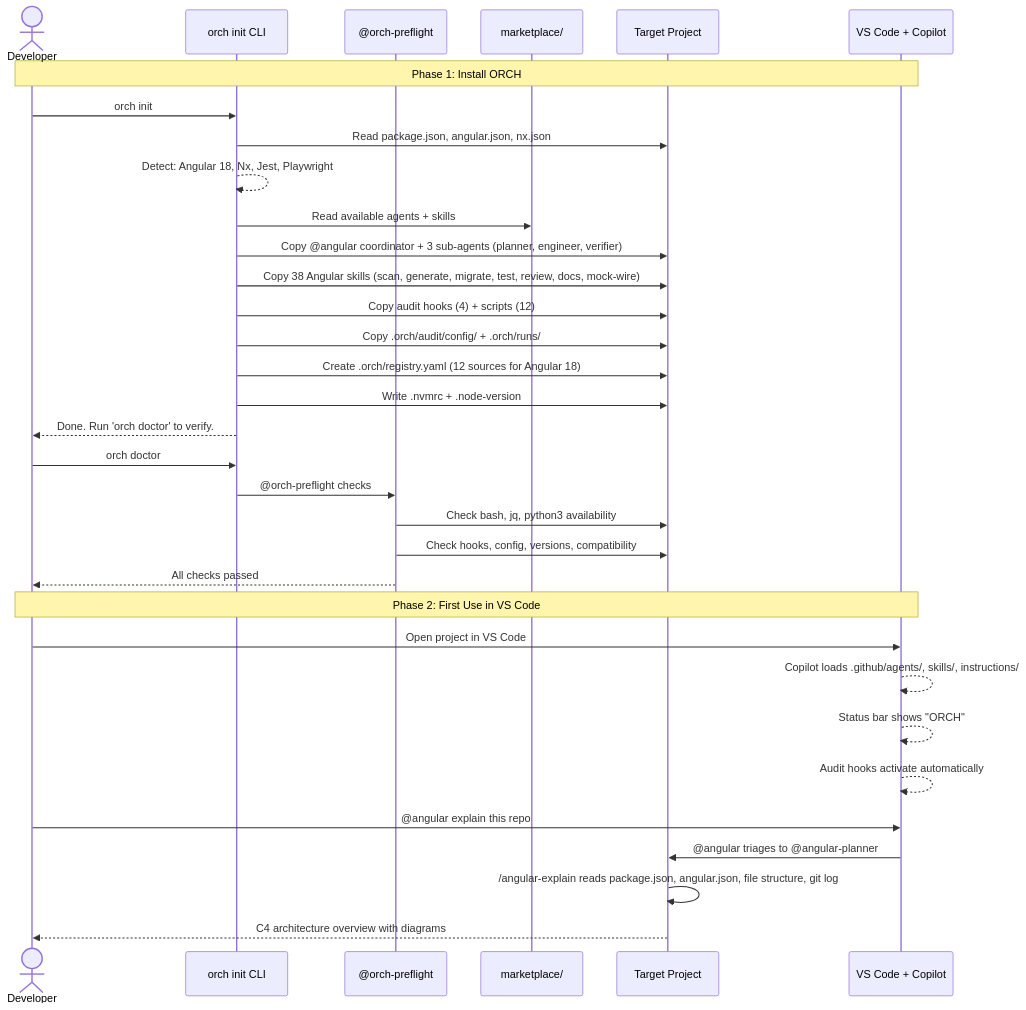
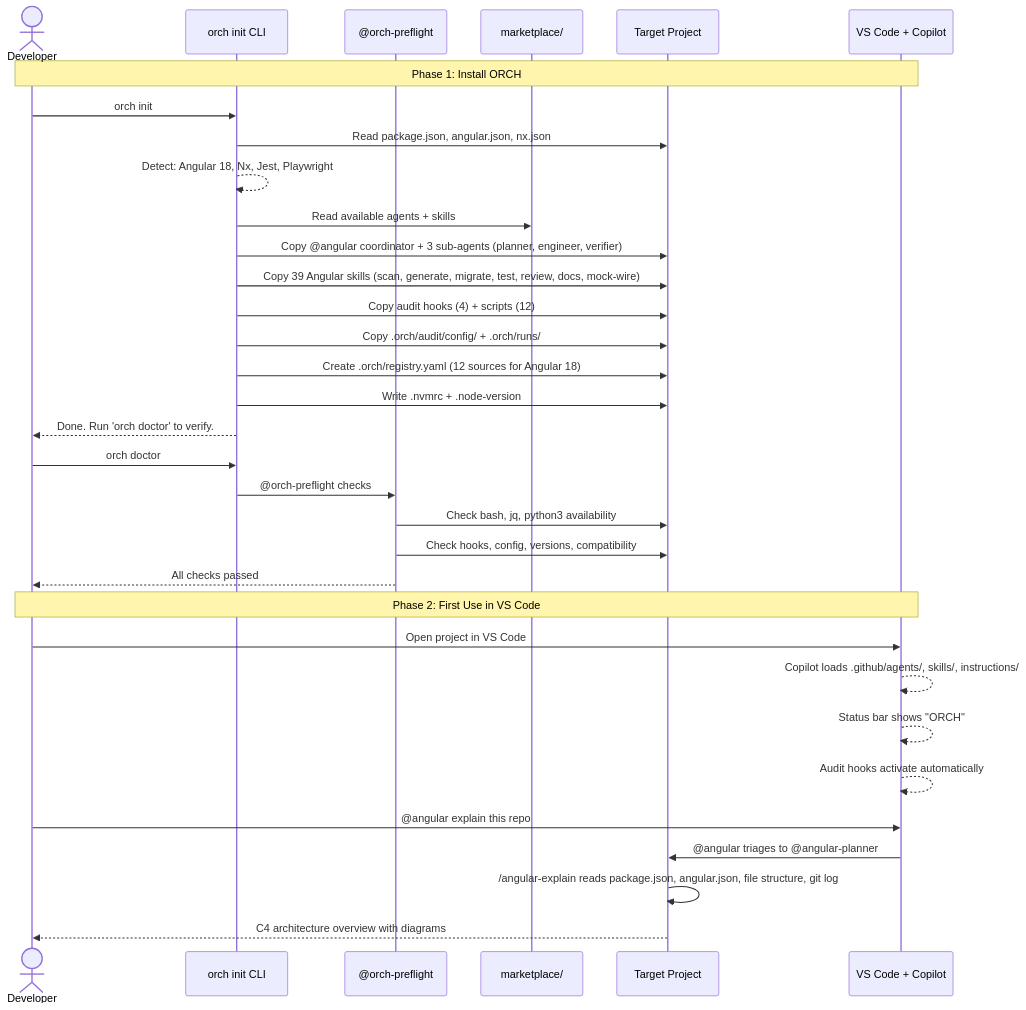
The first of 6 diagrams in docs/prd.md (oneinthebox/vscode-ghcp-agents), drawn with Mermaid before and after one commit. The commit also changed 10 other files, not shown here.

````diff
--- a/docs/prd.md
+++ b/docs/prd.md
@@ -490,41 +490,41 @@
 ```mermaid
 sequenceDiagram
     actor Dev as Developer
     participant CLI as orch init CLI
     participant PF as @orch-preflight
     participant MP as marketplace/
     participant Proj as Target Project
     participant VS as VS Code + Copilot
 
     Note over Dev,VS: Phase 1: Install ORCH
 
     Dev->>CLI: orch init
     CLI->>Proj: Read package.json, angular.json, nx.json
     CLI-->>CLI: Detect: Angular 18, Nx, Jest, Playwright
     CLI->>MP: Read available agents + skills
     CLI->>Proj: Copy @angular coordinator + 3 sub-agents (planner, engineer, verifier)
-    CLI->>Proj: Copy 38 Angular skills (scan, generate, migrate, test, review, docs, mock-wire)
+    CLI->>Proj: Copy 39 Angular skills (scan, generate, migrate, test, review, docs, mock-wire)
     CLI->>Proj: Copy audit hooks (4) + scripts (12)
     CLI->>Proj: Copy .orch/audit/config/ + .orch/runs/
     CLI->>Proj: Create .orch/registry.yaml (12 sources for Angular 18)
     CLI->>Proj: Write .nvmrc + .node-version
     CLI-->>Dev: Done. Run 'orch doctor' to verify.
 
     Dev->>CLI: orch doctor
     CLI->>PF: @orch-preflight checks
     PF->>Proj: Check bash, jq, python3 availability
     PF->>Proj: Check hooks, config, versions, compatibility
     PF-->>Dev: All checks passed
 
     Note over Dev,VS: Phase 2: First Use in VS Code
 
     Dev->>VS: Open project in VS Code
     VS-->>VS: Copilot loads .github/agents/, skills/, instructions/
     VS-->>VS: Status bar shows "ORCH"
     VS-->>VS: Audit hooks activate automatically
 
     Dev->>VS: @angular explain this repo
     VS->>Proj: @angular triages to @angular-planner
     Proj->>Proj: /angular-explain reads package.json, angular.json, file structure, git log
     Proj-->>Dev: C4 architecture overview with diagrams
 ```
````
